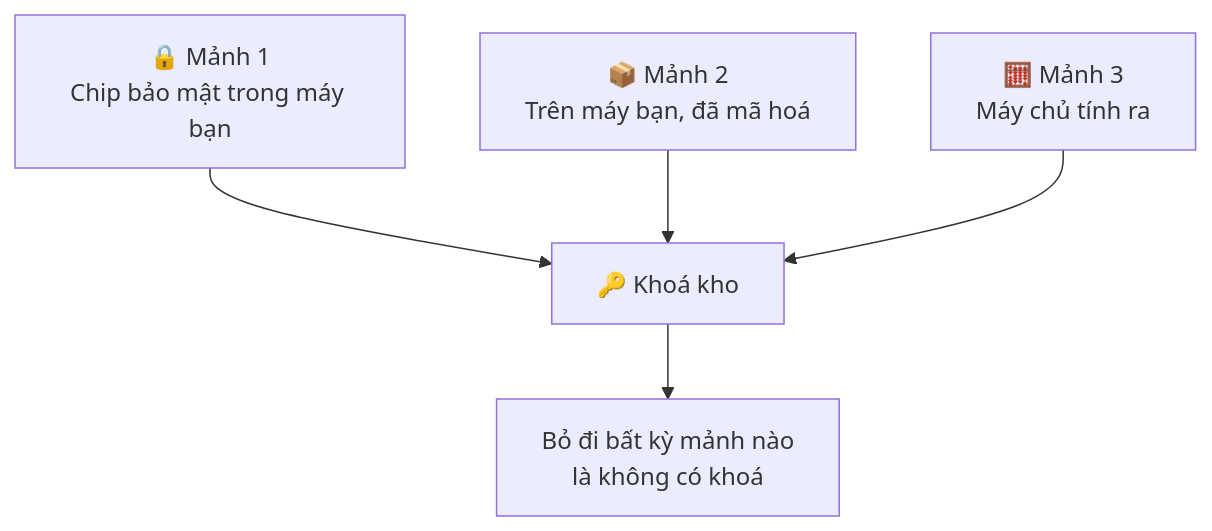
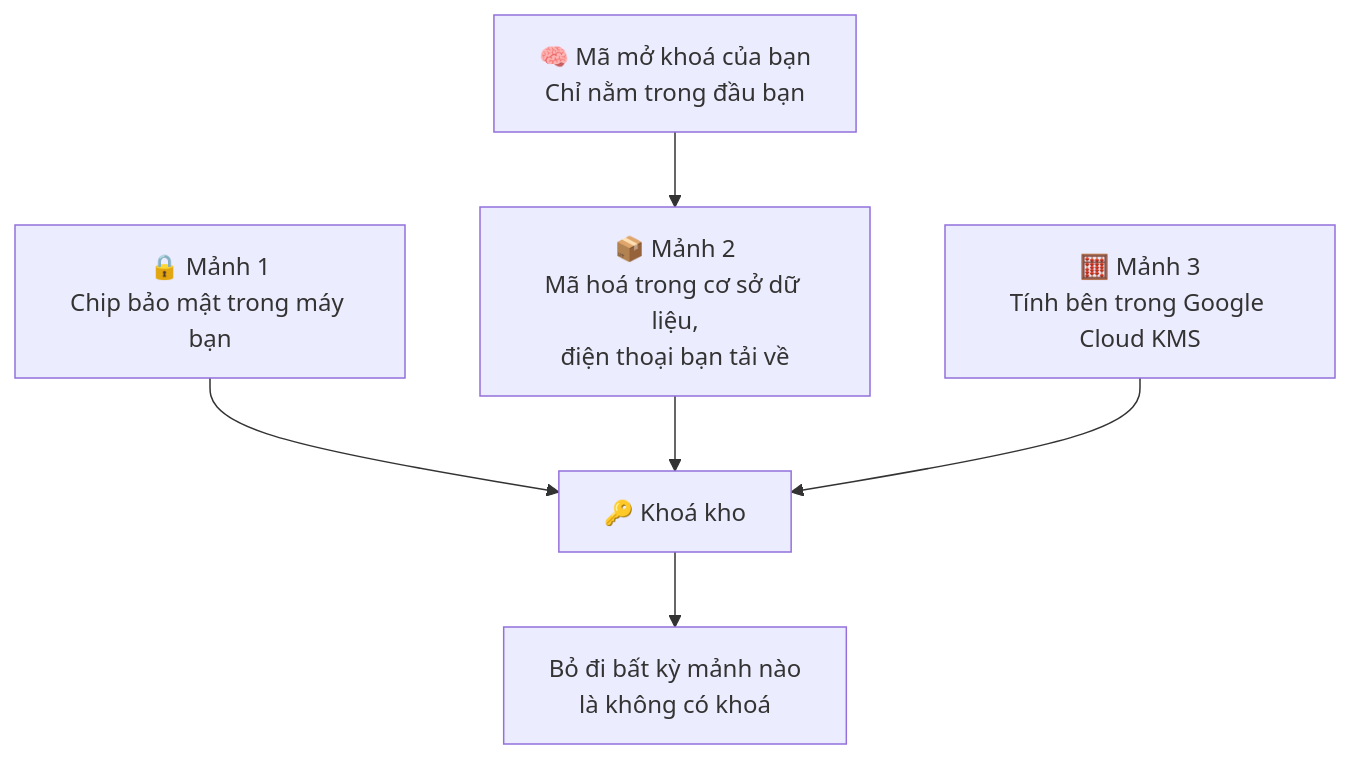
One commit to TuPhung369/passwordepic-website changed the second of 16 diagrams in i18n/vi/docusaurus-plugin-content-docs/current/plain-words.md. Above: the diagram before and after it, drawn with Mermaid. The commit also changed 5 other files, not shown here.

````diff
--- a/i18n/vi/docusaurus-plugin-content-docs/current/plain-words.md
+++ b/i18n/vi/docusaurus-plugin-content-docs/current/plain-words.md
@@ -51,7 +51,8 @@
 ```mermaid
 flowchart TD
+  M["🧠 Mã mở khoá của bạn<br/>Chỉ nằm trong đầu bạn"] --> Q
   P["🔒 Mảnh 1<br/>Chip bảo mật trong máy bạn"] --> K["🔑 Khoá kho"]
-  Q["📦 Mảnh 2<br/>Trên máy bạn, đã mã hoá"] --> K
-  R["🧮 Mảnh 3<br/>Máy chủ tính ra"] --> K
+  Q["📦 Mảnh 2<br/>Mã hoá trong cơ sở dữ liệu,<br/>điện thoại bạn tải về"] --> K
+  R["🧮 Mảnh 3<br/>Tính bên trong Google Cloud KMS"] --> K
   K --> N["Bỏ đi bất kỳ mảnh nào<br/>là không có khoá"]
 ```
````
